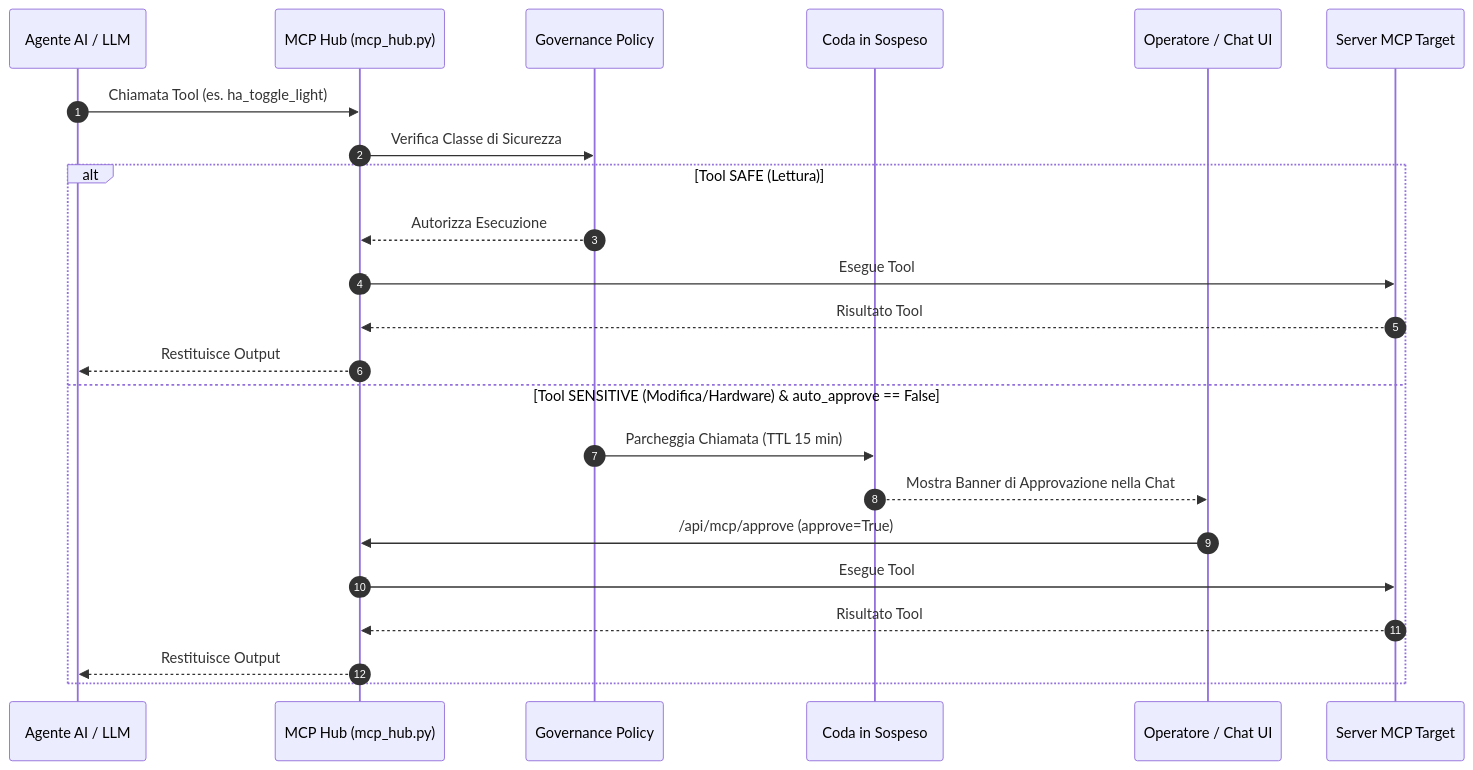
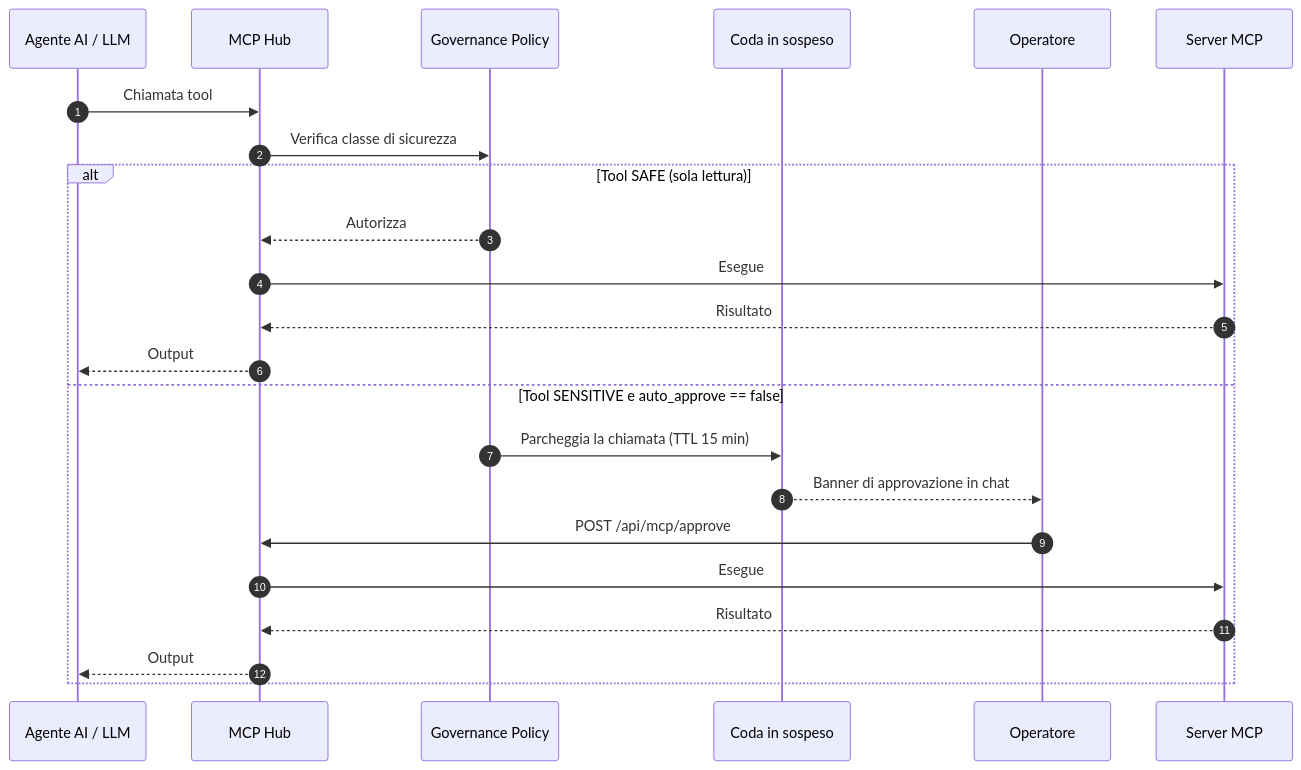
The third of 4 diagrams in architettura.md (Sigmanih/SigmaStudio), drawn with Mermaid before and after one commit. The commit also changed other lines of this file and 2 other files, not shown here.

````diff
--- a/architettura.md
+++ b/architettura.md
@@ -201,26 +246,26 @@
 ```mermaid
 sequenceDiagram
     autonumber
     participant Agente as Agente AI / LLM
-    participant Hub as MCP Hub (mcp_hub.py)
+    participant Hub as MCP Hub
     participant Gov as Governance Policy
-    participant Coda as Coda in Sospeso
-    participant Utente as Operatore / Chat UI
-    participant Server as Server MCP Target
+    participant Coda as Coda in sospeso
+    participant Utente as Operatore
+    participant Server as Server MCP
 
-    Agente->>Hub: Chiamata Tool (es. ha_toggle_light)
-    Hub->>Gov: Verifica Classe di Sicurezza
-    alt Tool SAFE (Lettura)
-        Gov-->>Hub: Autorizza Esecuzione
-        Hub->>Server: Esegue Tool
-        Server-->>Hub: Risultato Tool
-        Hub-->>Agente: Restituisce Output
-    else Tool SENSITIVE (Modifica/Hardware) & auto_approve == False
-        Gov->>Coda: Parcheggia Chiamata (TTL 15 min)
-        Coda-->>Utente: Mostra Banner di Approvazione nella Chat
-        Utente->>Hub: /api/mcp/approve (approve=True)
-        Hub->>Server: Esegue Tool
-        Server-->>Hub: Risultato Tool
-        Hub-->>Agente: Restituisce Output
+    Agente->>Hub: Chiamata tool
+    Hub->>Gov: Verifica classe di sicurezza
+    alt Tool SAFE (sola lettura)
+        Gov-->>Hub: Autorizza
+        Hub->>Server: Esegue
+        Server-->>Hub: Risultato
+        Hub-->>Agente: Output
+    else Tool SENSITIVE e auto_approve == false
+        Gov->>Coda: Parcheggia la chiamata (TTL 15 min)
+        Coda-->>Utente: Banner di approvazione in chat
+        Utente->>Hub: POST /api/mcp/approve
+        Hub->>Server: Esegue
+        Server-->>Hub: Risultato
+        Hub-->>Agente: Output
     end
 ```
````
